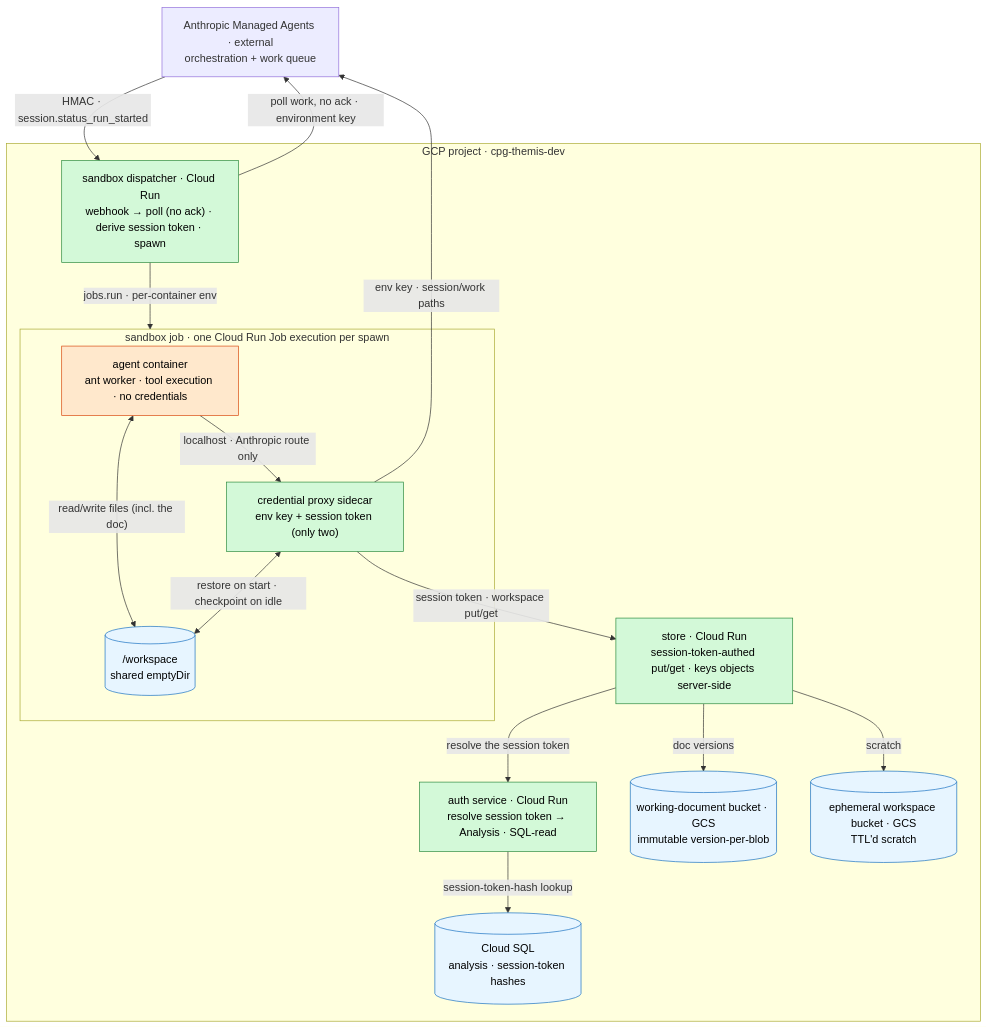
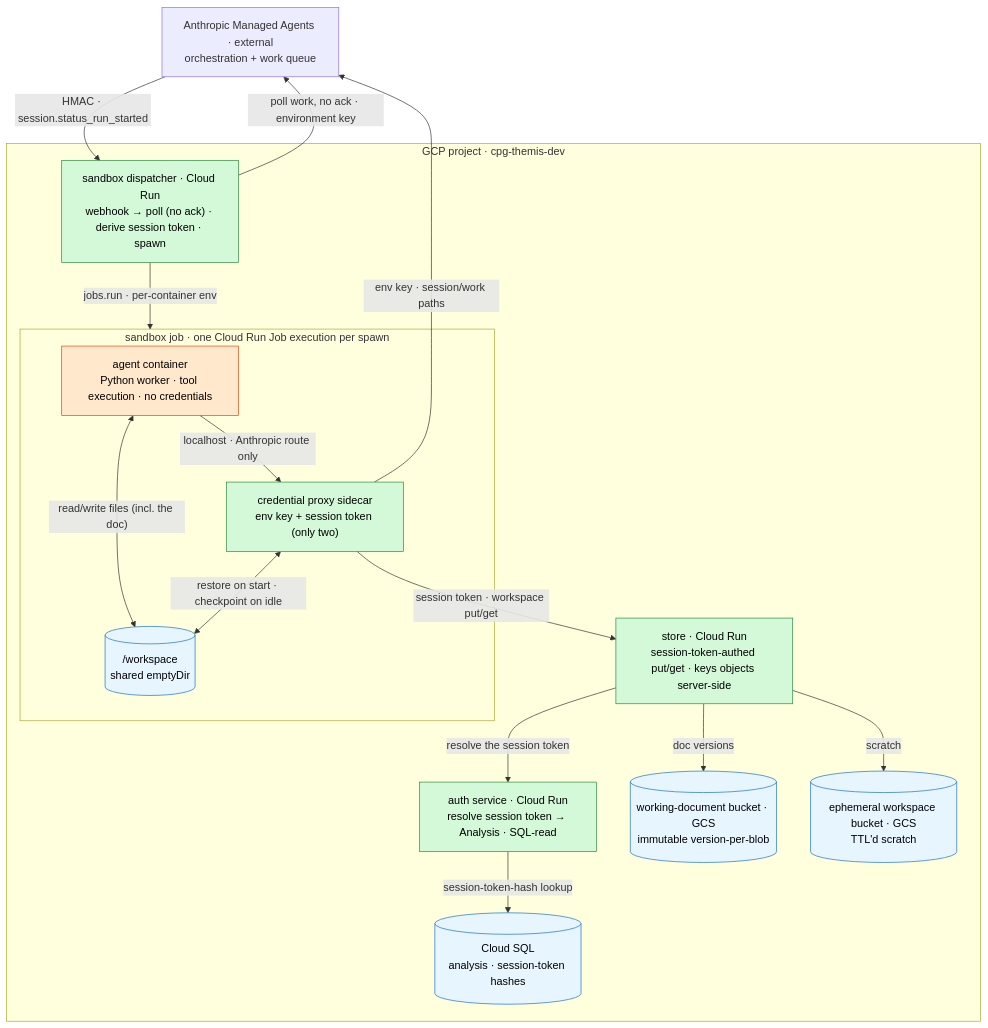
The first of 2 diagrams in docs/plans/self-hosted-sandbox.md (populationgenomics/themis), drawn with Mermaid before and after one commit. The commit also changed other lines of this file and 7 other files, not shown here.

First line of the commit message:
agent: replace the ant worker with a first-party Python worker (#173)

````diff
--- a/docs/plans/self-hosted-sandbox.md
+++ b/docs/plans/self-hosted-sandbox.md
@@ -141,36 +149,36 @@
 ```mermaid
 flowchart TB
   ma["Anthropic Managed Agents · external<br/>orchestration + work queue"]
   subgraph gcp["GCP project · cpg-themis-dev"]
     disp["sandbox dispatcher · Cloud Run<br/>webhook → poll (no ack) · derive session token · spawn"]
     subgraph job["sandbox job · one Cloud Run Job execution per spawn"]
-      agentc["agent container<br/>ant worker · tool execution · no credentials"]
+      agentc["agent container<br/>Python worker · tool execution · no credentials"]
       ws[("/workspace<br/>shared emptyDir")]
       proxy["credential proxy sidecar<br/>env key + session token (only two)"]
     end
     store["store · Cloud Run<br/>session-token-authed put/get · keys objects server-side"]
     auth["auth service · Cloud Run<br/>resolve session token → Analysis · SQL-read"]
     docb[("working-document bucket · GCS<br/>immutable version-per-blob")]
     scratch[("ephemeral workspace bucket · GCS<br/>TTL'd scratch")]
     sql[("Cloud SQL<br/>analysis · session-token hashes")]
   end
   ma -->|"HMAC · session.status_run_started"| disp
   disp -->|"poll work, no ack · environment key"| ma
   disp -->|"jobs.run · per-container env"| job
   agentc <-->|"read/write files (incl. the doc)"| ws
   agentc -->|"localhost · Anthropic route only"| proxy
   proxy <-->|"restore on start · checkpoint on idle"| ws
   proxy -->|"env key · session/work paths"| ma
   proxy -->|"session token · workspace put/get"| store
   store -->|"resolve the session token"| auth
   auth -->|"session-token-hash lookup"| sql
   store -->|"doc versions"| docb
   store -->|"scratch"| scratch
 
   classDef untrusted fill:#ffe8cc,stroke:#d9480f,color:#000
   classDef cred fill:#d3f9d8,stroke:#2b8a3e,color:#000
   classDef data fill:#e7f5ff,stroke:#1971c2,color:#000
   class agentc untrusted
   class disp,proxy,store,auth cred
   class ws,docb,scratch,sql data
 ```
````
